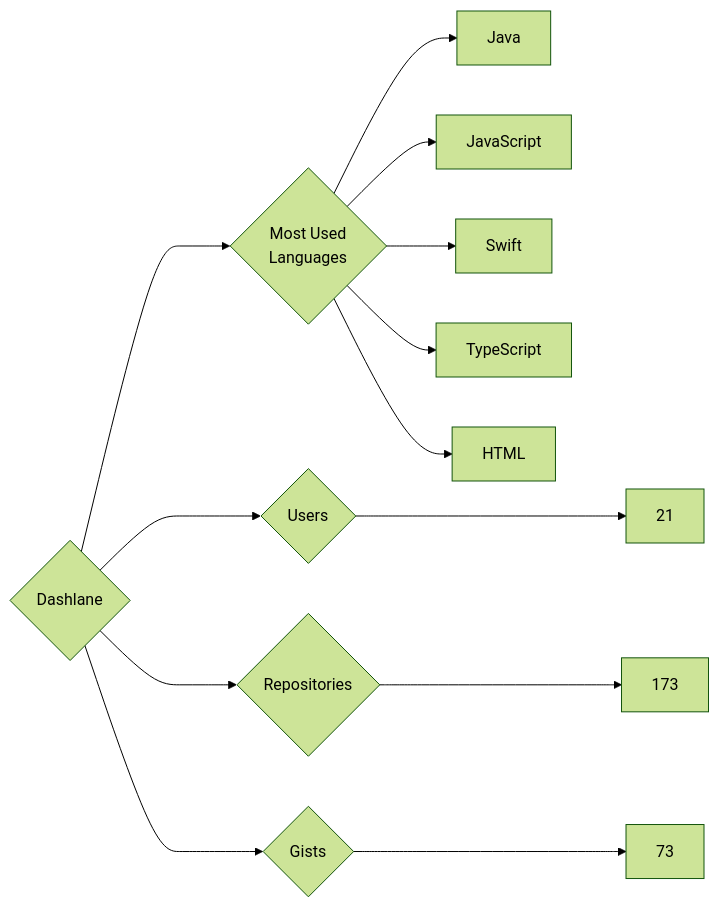
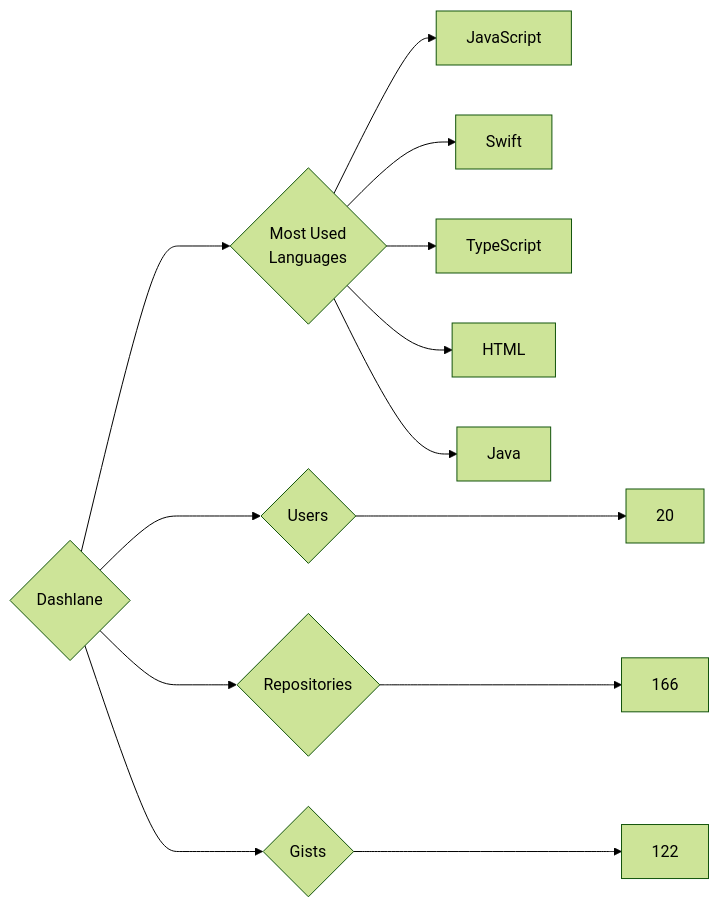
Before and after one commit to trickest/insiders: the diagram in targets/Dashlane/README.md, drawn with Mermaid (forest theme). The commit also changed 750 other files, not shown here.

````diff
--- a/targets/Dashlane/README.md
+++ b/targets/Dashlane/README.md
@@ -3,13 +3,13 @@
 ```mermaid
 graph LR
 COMPANY_NAME{Dashlane}
-COMPANY_NAME ---> U{Users} ---> UN[21]
-COMPANY_NAME ---> R{Repositories} ---> RN[173]
-COMPANY_NAME ---> G{Gists} ---> GN[73]
+COMPANY_NAME ---> U{Users} ---> UN[20]
+COMPANY_NAME ---> R{Repositories} ---> RN[166]
+COMPANY_NAME ---> G{Gists} ---> GN[122]
 COMPANY_NAME ---> ML{Most Used<br>Languages}
-ML --> Java[Java]
 ML --> JavaScript[JavaScript]
 ML --> Swift[Swift]
 ML --> TypeScript[TypeScript]
 ML --> HTML[HTML]
+ML --> Java[Java]
 ```
````
